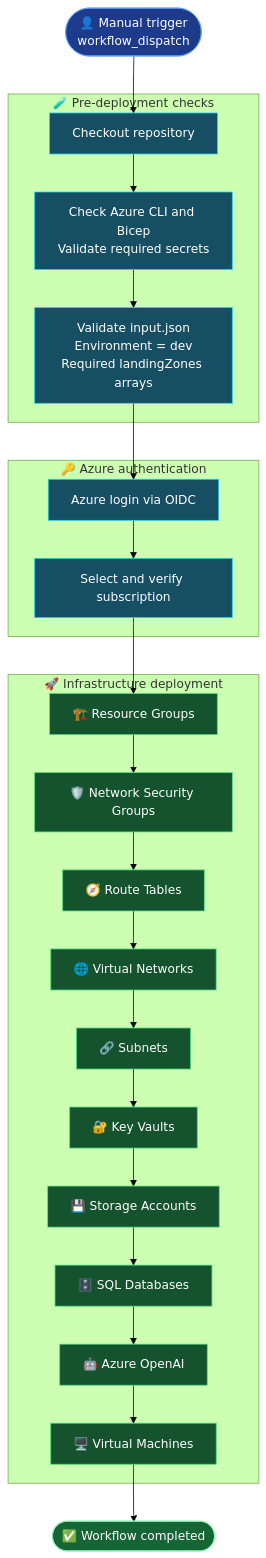
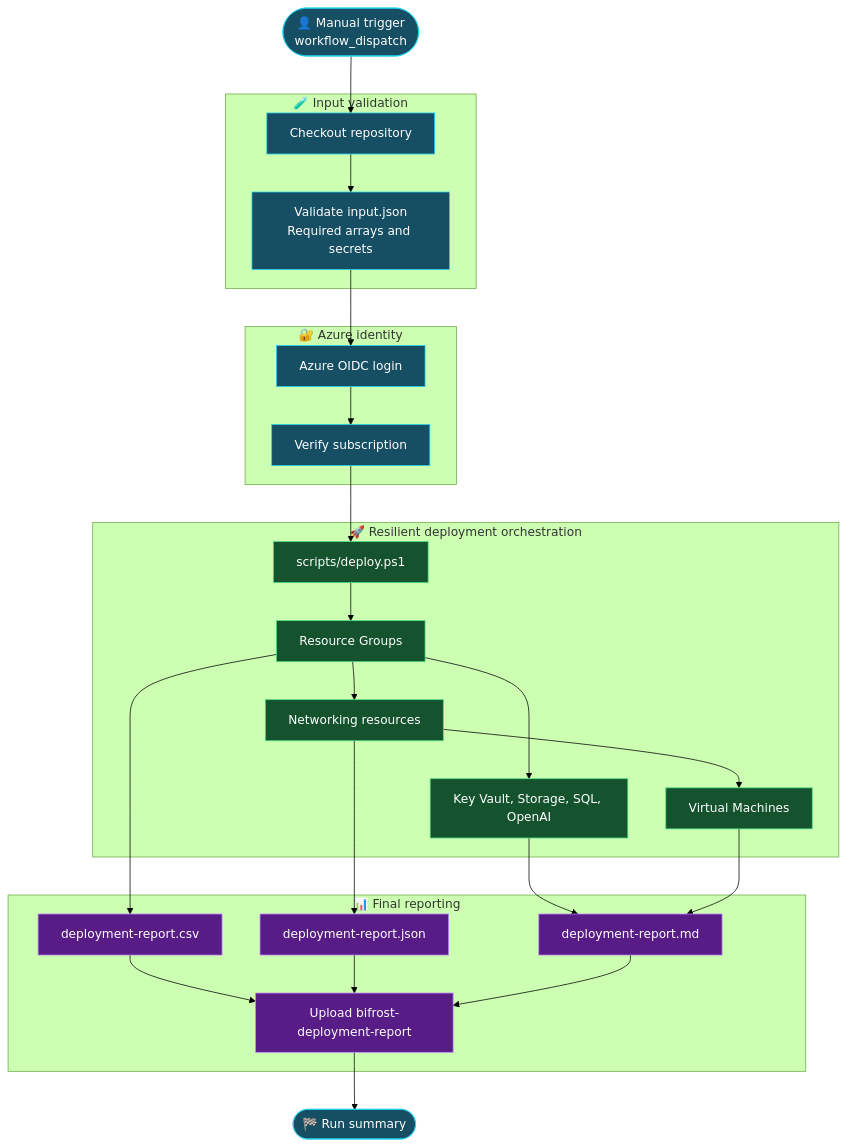
One commit to PROMETHEUS-N/BIFROST changed the second of 3 diagrams in README.md. Above: the diagram before and after it, drawn with Mermaid (forest theme). The commit also changed other lines of this file, not shown here.

Commit message:
docs: align CI/CD diagrams with resilient orchestration

````diff
--- a/README.md
+++ b/README.md
@@ -109,48 +109,56 @@
 ```mermaid
 flowchart TD
     START(["👤 Manual trigger<br/>workflow_dispatch"])
 
-    subgraph PRECHECK["🧪 Pre-deployment checks"]
-        CHECKOUT1["Checkout repository"]
-        TOOLS["Check Azure CLI and Bicep<br/>Validate required secrets"]
-        JSON["Validate input.json<br/>Environment = dev<br/>Required landingZones arrays"]
-        CHECKOUT1 --> TOOLS --> JSON
+    subgraph CHECKS["🧪 Input validation"]
+        CO["Checkout repository"]
+        VALIDATE["Validate input.json<br/>Required arrays and secrets"]
+        CO --> VALIDATE
     end
 
-    subgraph AUTH["🔑 Azure authentication"]
-        LOGIN["Azure login via OIDC"]
-        SUB["Select and verify subscription"]
-        LOGIN --> SUB
+    subgraph IDENTITY["🔐 Azure identity"]
+        LOGIN["Azure OIDC login"]
+        VERIFY["Verify subscription"]
+        LOGIN --> VERIFY
     end
 
-    subgraph DEPLOY["🚀 Infrastructure deployment"]
-        RG["🏗️ Resource Groups"]
-        NSG["🛡️ Network Security Groups"]
-        RT["🧭 Route Tables"]
-        VNET["🌐 Virtual Networks"]
-        SUBNET["🔗 Subnets"]
-        KV["🔐 Key Vaults"]
-        SA["💾 Storage Accounts"]
-        SQL["🗄️ SQL Databases"]
-        OAI["🤖 Azure OpenAI"]
-        VM["🖥️ Virtual Machines"]
-
-        RG --> NSG --> RT --> VNET --> SUBNET --> KV --> SA --> SQL --> OAI --> VM
+    subgraph ORCHESTRATION["🚀 Resilient deployment orchestration"]
+        RUN["scripts/deploy.ps1"]
+        RG["Resource Groups"]
+        NET["Networking resources"]
+        SERVICES["Key Vault, Storage, SQL, OpenAI"]
+        VM["Virtual Machines"]
+        RUN --> RG --> NET
+        RG --> SERVICES
+        NET --> VM
     end
 
-    DONE(["✅ Workflow completed"])
+    subgraph REPORTING["📊 Final reporting"]
+        CSV["deployment-report.csv"]
+        JSON["deployment-report.json"]
+        MD["deployment-report.md"]
+        ARTIFACT["Upload bifrost-deployment-report"]
+        CSV --> ARTIFACT
+        JSON --> ARTIFACT
+        MD --> ARTIFACT
+    end
 
-    START --> CHECKOUT1
-    JSON --> LOGIN
-    SUB --> RG
-    VM --> DONE
+    DONE(["🏁 Run summary"])
 
-    classDef trigger fill:#1e3a8a,color:#fff,stroke:#60a5fa
-    classDef checks fill:#164e63,color:#fff,stroke:#22d3ee
+    START --> CO
+    VALIDATE --> LOGIN
+    VERIFY --> RUN
+    RG --> CSV
+    NET --> JSON
+    SERVICES --> MD
+    VM --> MD
+    ARTIFACT --> DONE
+
+    classDef gate fill:#164e63,color:#fff,stroke:#22d3ee
     classDef deploy fill:#14532d,color:#fff,stroke:#4ade80
-    classDef success fill:#166534,color:#fff,stroke:#86efac
-    class START trigger
-    class CHECKOUT1,TOOLS,JSON,LOGIN,SUB checks
-    class RG,NSG,RT,VNET,SUBNET,KV,SA,SQL,OAI,VM deploy
-    class DONE success
+    classDef report fill:#581c87,color:#fff,stroke:#c084fc
+    class START,DONE gate
+    class CO,VALIDATE,LOGIN,VERIFY gate
+    class RUN,RG,NET,SERVICES,VM deploy
+    class CSV,JSON,MD,ARTIFACT report
 ```
````
